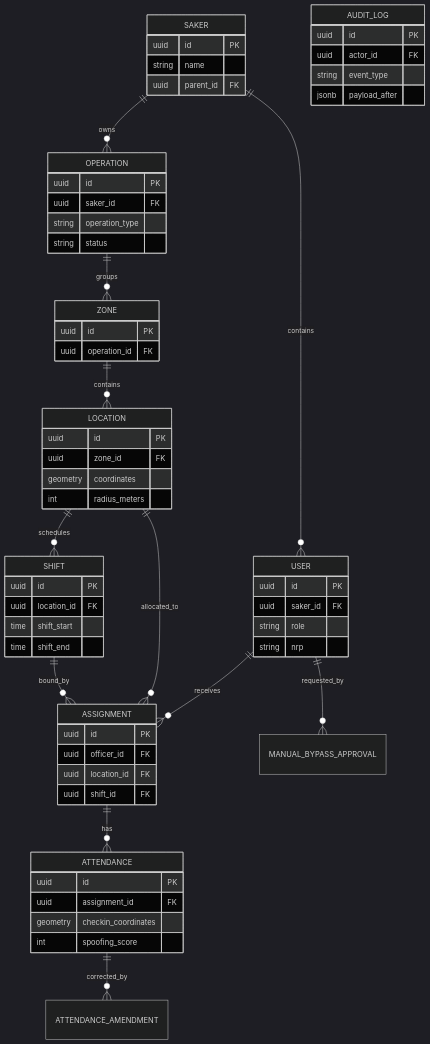
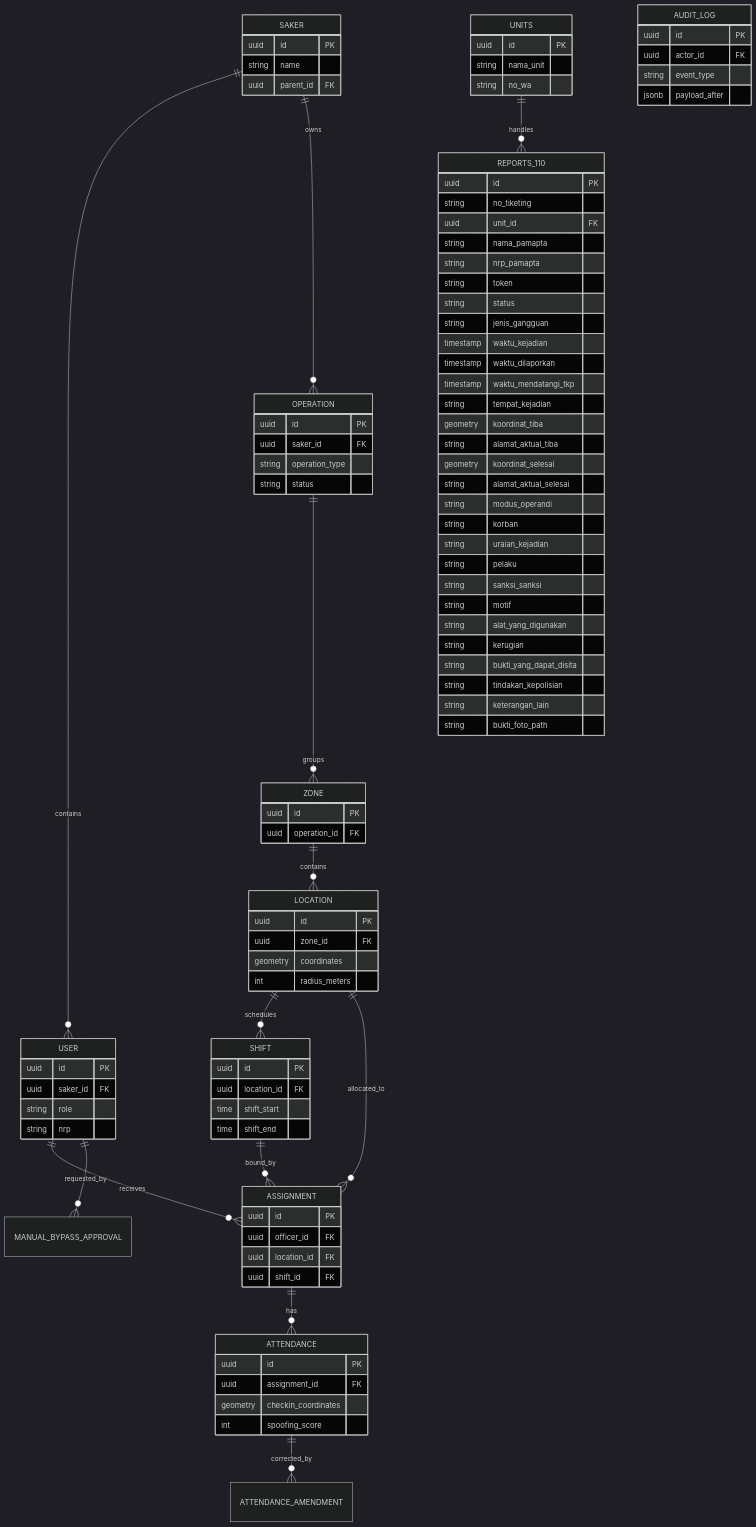
The second of 4 diagrams in PRD.md (Sxuoi/police-hazard), drawn with Mermaid (dark theme) before and after one commit. The commit also changed other lines of this file and 32 other files, not shown here.

````diff
--- a/PRD.md
+++ b/PRD.md
@@ -102,6 +107,7 @@
     ASSIGNMENT ||--o{ ATTENDANCE : has
     ATTENDANCE ||--o{ ATTENDANCE_AMENDMENT : corrected_by
     USER ||--o{ MANUAL_BYPASS_APPROVAL : requested_by
+    UNITS ||--o{ REPORTS_110 : handles
 
     SAKER {
         uuid id PK
@@ -154,4 +160,39 @@
         string event_type
         jsonb payload_after
     }
+    UNITS {
+        uuid id PK
+        string nama_unit
+        string no_wa
+    }
+    REPORTS_110 {
+        uuid id PK
+        string no_tiketing
+        uuid unit_id FK
+        string nama_pamapta
+        string nrp_pamapta
+        string token
+        string status
+        string jenis_gangguan
+        timestamp waktu_kejadian
+        timestamp waktu_dilaporkan
+        timestamp waktu_mendatangi_tkp
+        string tempat_kejadian
+        geometry koordinat_tiba
+        string alamat_aktual_tiba
+        geometry koordinat_selesai
+        string alamat_aktual_selesai
+        string modus_operandi
+        string korban
+        string uraian_kejadian
+        string pelaku
+        string sanksi_sanksi
+        string motif
+        string alat_yang_digunakan
+        string kerugian
+        string bukti_yang_dapat_disita
+        string tindakan_kepolisian
+        string keterangan_lain
+        string bukti_foto_path
+    }
 ```
````
